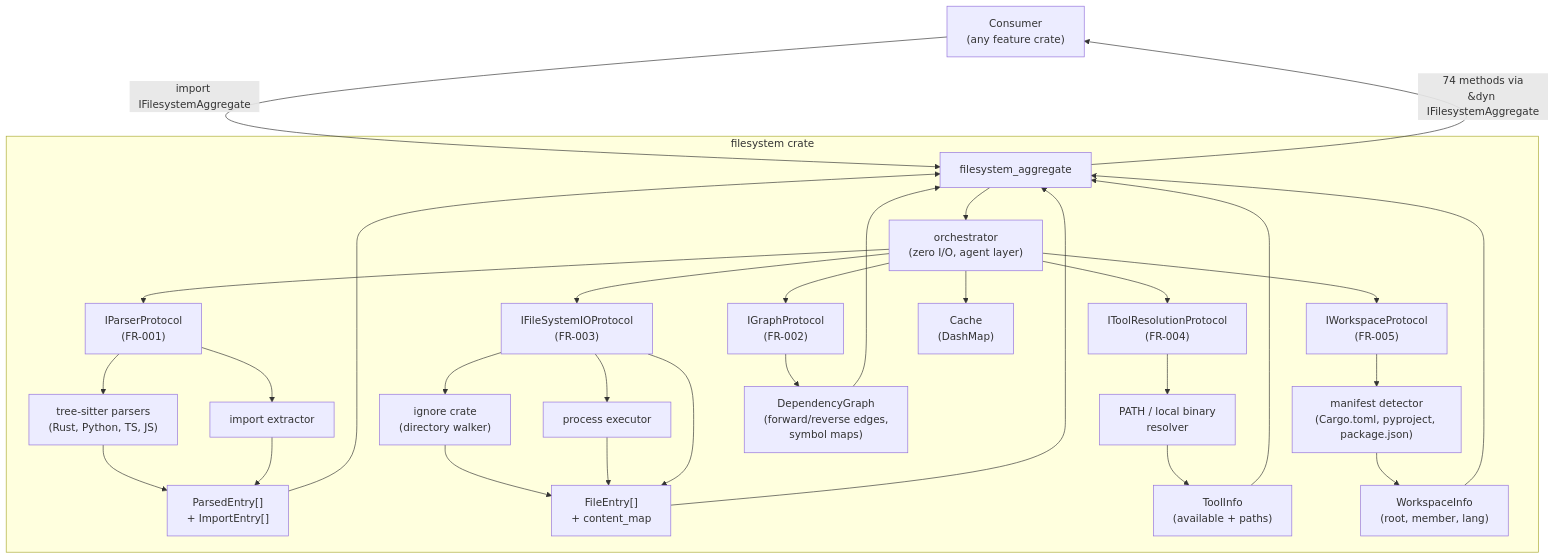
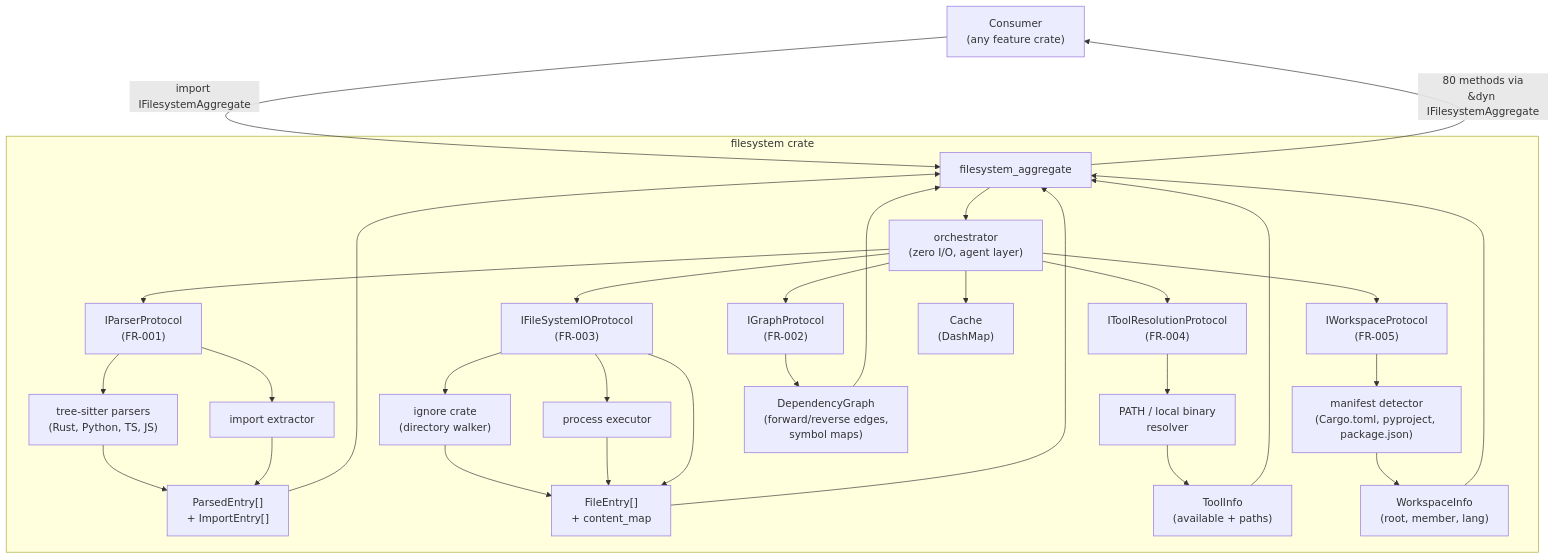
One commit to rakaarwaky/lint-arwaky changed the diagram in crates/filesystem/FRD.md. Above: the diagram before and after it, drawn with Mermaid. The commit also changed other lines of this file and 60 other files, not shown here.

First line of the commit message:
feat(graph-loop): Implement state manager and trigger scanner for pipeline orchestration

````diff
--- a/crates/filesystem/FRD.md
+++ b/crates/filesystem/FRD.md
@@ -11,38 +11,38 @@
 ```mermaid
 flowchart TD
     A["Consumer\n(any feature crate)"] -->|"import IFilesystemAggregate"| D["filesystem_aggregate"]
 
     subgraph FS ["filesystem crate"]
         D --> O["orchestrator\n(zero I/O, agent layer)"]
         O --> P1["IParserProtocol\n(FR-001)"]
         O --> P2["IGraphProtocol\n(FR-002)"]
         O --> P3["IFileSystemIOProtocol\n(FR-003)"]
         O --> P4["IToolResolutionProtocol\n(FR-004)"]
         O --> P5["IWorkspaceProtocol\n(FR-005)"]
         O --> C["Cache\n(DashMap)"]
 
         P1 --> T1["tree-sitter parsers\n(Rust, Python, TS, JS)"]
         P1 --> T2["import extractor"]
         P3 --> T3["ignore crate\n(directory walker)"]
         P3 --> T4["process executor"]
         P4 --> T5["PATH / local binary\nresolver"]
         P5 --> T6["manifest detector\n(Cargo.toml, pyproject, package.json)"]
 
         T1 --> R1["ParsedEntry[]\n+ ImportEntry[]"]
         T2 --> R1
         P2 --> R2["DependencyGraph\n(forward/reverse edges,\nsymbol maps)"]
         T3 --> R3["FileEntry[]\n+ content_map"]
         T4 --> R3
         P3 --> R3
         T5 --> R4["ToolInfo\n(available + paths)"]
         T6 --> R5["WorkspaceInfo\n(root, member, lang)"]
     end
 
     R1 --> D
     R2 --> D
     R3 --> D
     R4 --> D
     R5 --> D
-    D -->|"74 methods via\n&dyn IFilesystemAggregate"| A
+    D -->|"80 methods via\n&dyn IFilesystemAggregate"| A
 
 ```
````
